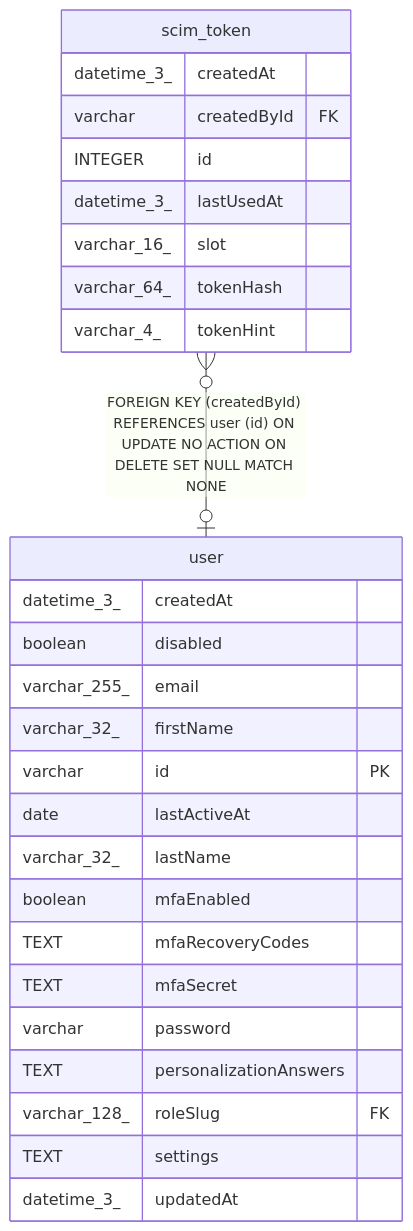
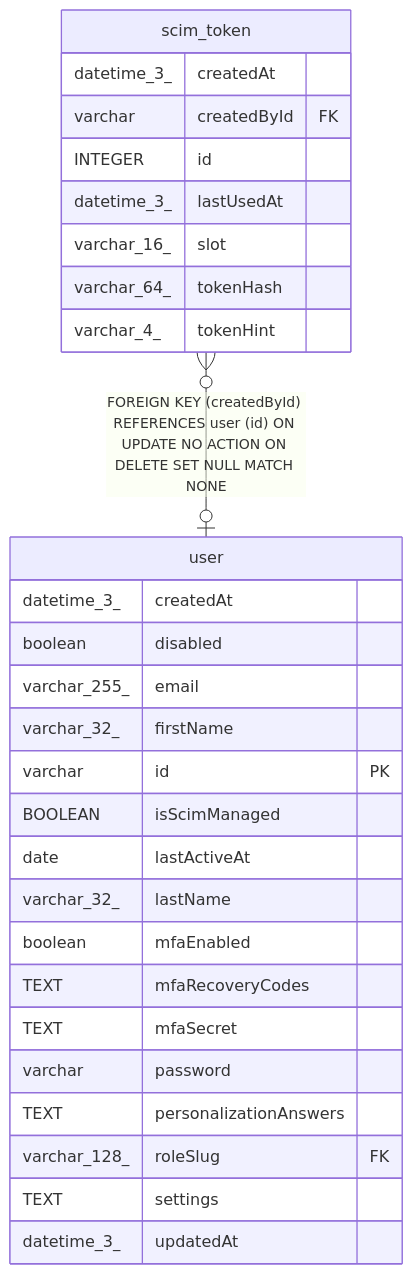
One commit to jalaluddinkhan1/n8n changed the diagram in docs/generated/sqlite-schema/scim_token.md. Above: the diagram before and after it, drawn with Mermaid. The commit also changed 126 other files, not shown here.

````diff
--- a/docs/generated/sqlite-schema/scim_token.md
+++ b/docs/generated/sqlite-schema/scim_token.md
@@ -42,32 +42,33 @@
 ```mermaid
 erDiagram
 
 "scim_token" }o--o| "user" : "FOREIGN KEY (createdById) REFERENCES user (id) ON UPDATE NO ACTION ON DELETE SET NULL MATCH NONE"
 
 "scim_token" {
   datetime_3_ createdAt
   varchar createdById FK
   INTEGER id
   datetime_3_ lastUsedAt
   varchar_16_ slot
   varchar_64_ tokenHash
   varchar_4_ tokenHint
 }
 "user" {
   datetime_3_ createdAt
   boolean disabled
   varchar_255_ email
   varchar_32_ firstName
   varchar id PK
+  BOOLEAN isScimManaged
   date lastActiveAt
   varchar_32_ lastName
   boolean mfaEnabled
   TEXT mfaRecoveryCodes
   TEXT mfaSecret
   varchar password
   TEXT personalizationAnswers
   varchar_128_ roleSlug FK
   TEXT settings
   datetime_3_ updatedAt
 }
 ```
````
